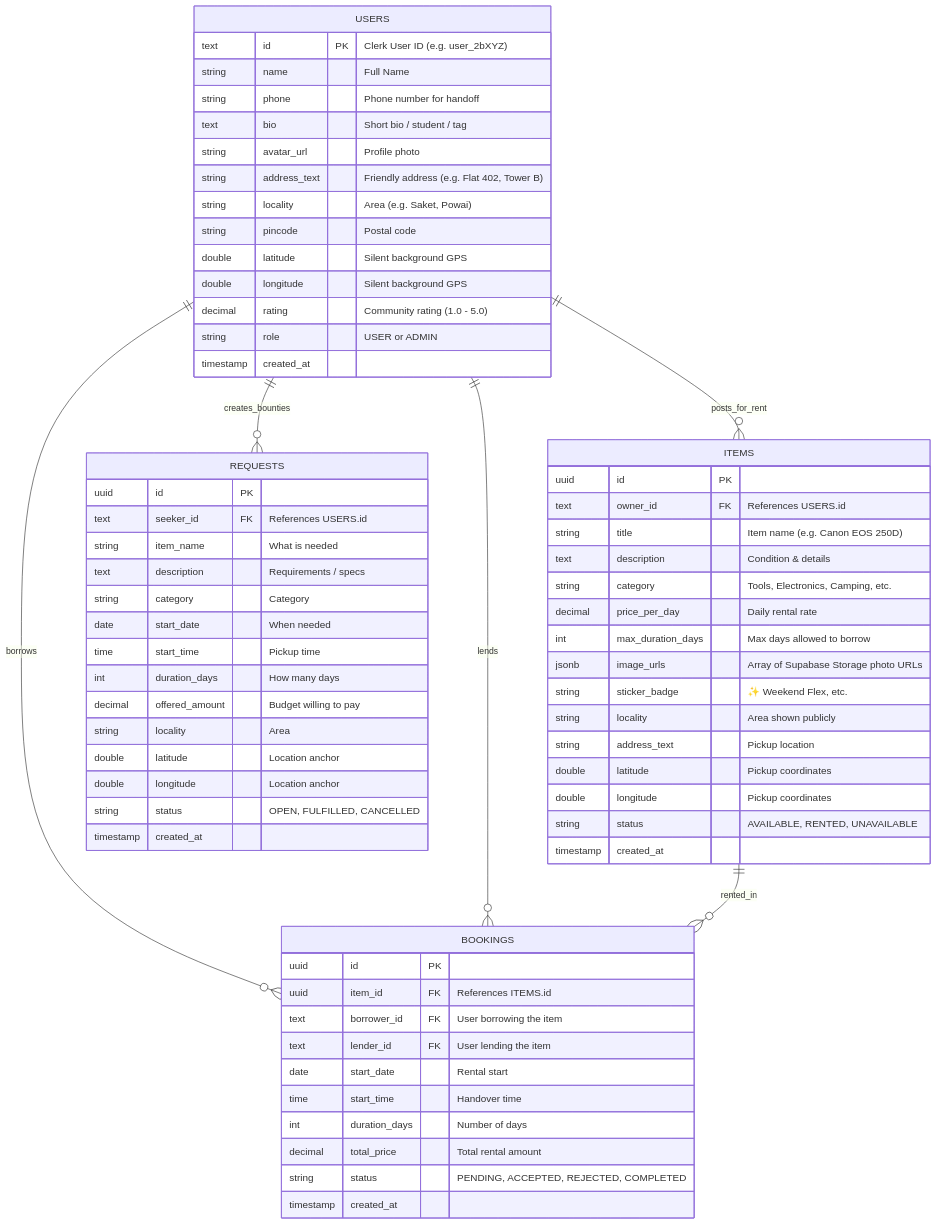
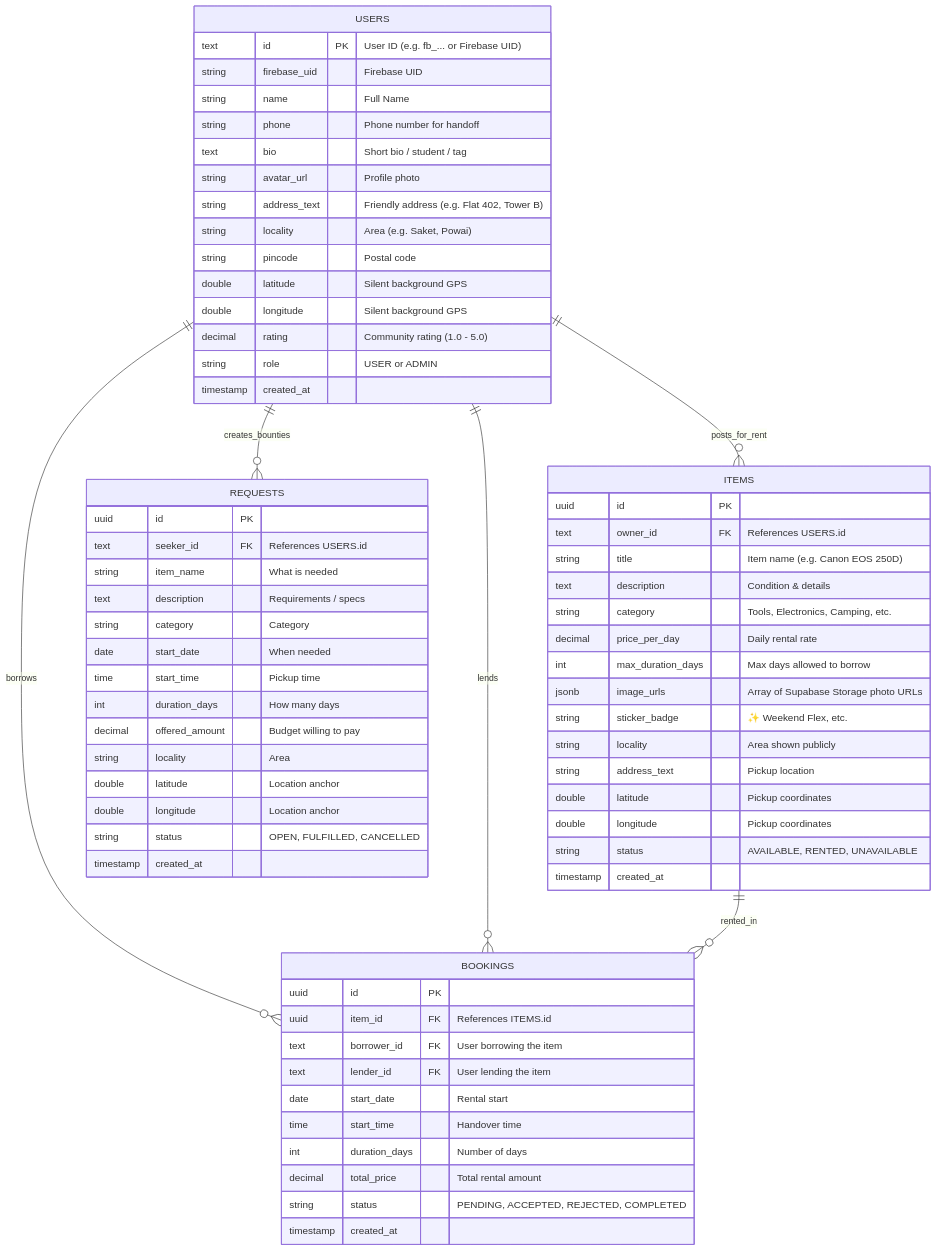
One commit to RajSamriddhi/Rentu changed the diagram in SCHEMA.md. Above: the diagram before and after it, drawn with Mermaid. The commit also changed other lines of this file and 17 other files, not shown here.

Commit message:
feat(auth): replace Clerk with Firebase Authentication (Google 1-click & email/password)

````diff
--- a/SCHEMA.md
+++ b/SCHEMA.md
@@ -12,72 +12,73 @@
 ```mermaid
 erDiagram
     USERS ||--o{ ITEMS : "posts_for_rent"
     USERS ||--o{ REQUESTS : "creates_bounties"
     USERS ||--o{ BOOKINGS : "borrows"
     USERS ||--o{ BOOKINGS : "lends"
     ITEMS ||--o{ BOOKINGS : "rented_in"
     
     USERS {
-        text id PK "Clerk User ID (e.g. user_2bXYZ)"
+        text id PK "User ID (e.g. fb_... or Firebase UID)"
+        string firebase_uid "Firebase UID"
         string name "Full Name"
         string phone "Phone number for handoff"
         text bio "Short bio / student / tag"
         string avatar_url "Profile photo"
         string address_text "Friendly address (e.g. Flat 402, Tower B)"
         string locality "Area (e.g. Saket, Powai)"
         string pincode "Postal code"
         double latitude "Silent background GPS"
         double longitude "Silent background GPS"
         decimal rating "Community rating (1.0 - 5.0)"
         string role "USER or ADMIN"
         timestamp created_at
     }
 
     ITEMS {
         uuid id PK
         text owner_id FK "References USERS.id"
         string title "Item name (e.g. Canon EOS 250D)"
         text description "Condition & details"
         string category "Tools, Electronics, Camping, etc."
         decimal price_per_day "Daily rental rate"
         int max_duration_days "Max days allowed to borrow"
         jsonb image_urls "Array of Supabase Storage photo URLs"
         string sticker_badge "✨ Weekend Flex, etc."
         string locality "Area shown publicly"
         string address_text "Pickup location"
         double latitude "Pickup coordinates"
         double longitude "Pickup coordinates"
         string status "AVAILABLE, RENTED, UNAVAILABLE"
         timestamp created_at
     }
 
     REQUESTS {
         uuid id PK
         text seeker_id FK "References USERS.id"
         string item_name "What is needed"
         text description "Requirements / specs"
         string category "Category"
         date start_date "When needed"
         time start_time "Pickup time"
         int duration_days "How many days"
         decimal offered_amount "Budget willing to pay"
         string locality "Area"
         double latitude "Location anchor"
         double longitude "Location anchor"
         string status "OPEN, FULFILLED, CANCELLED"
         timestamp created_at
     }
 
     BOOKINGS {
         uuid id PK
         uuid item_id FK "References ITEMS.id"
         text borrower_id FK "User borrowing the item"
         text lender_id FK "User lending the item"
         date start_date "Rental start"
         time start_time "Handover time"
         int duration_days "Number of days"
         decimal total_price "Total rental amount"
         string status "PENDING, ACCEPTED, REJECTED, COMPLETED"
         timestamp created_at
     }
 ```
````
